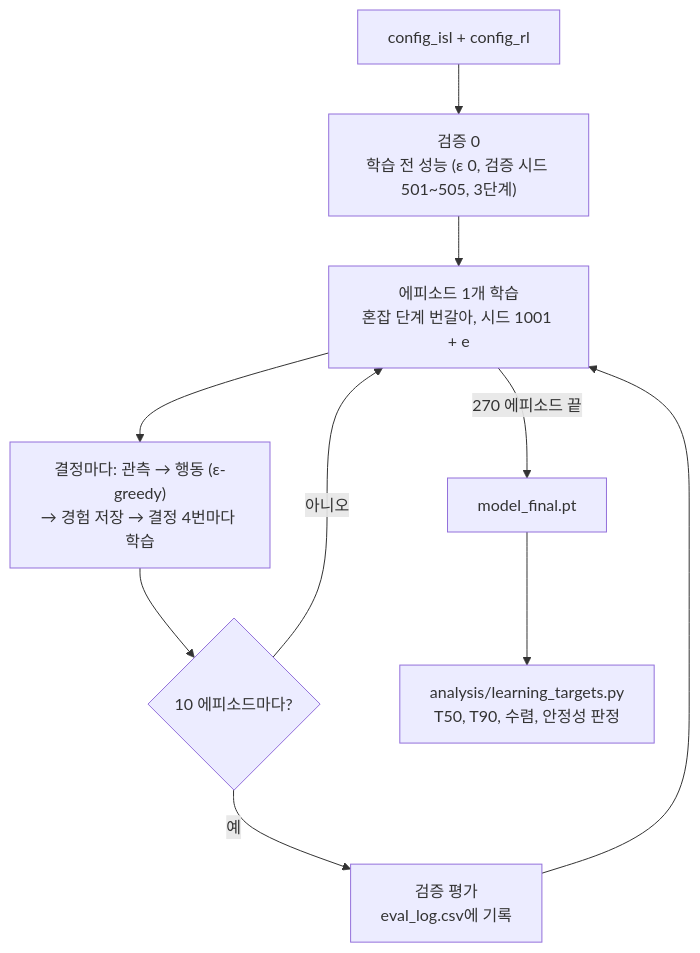
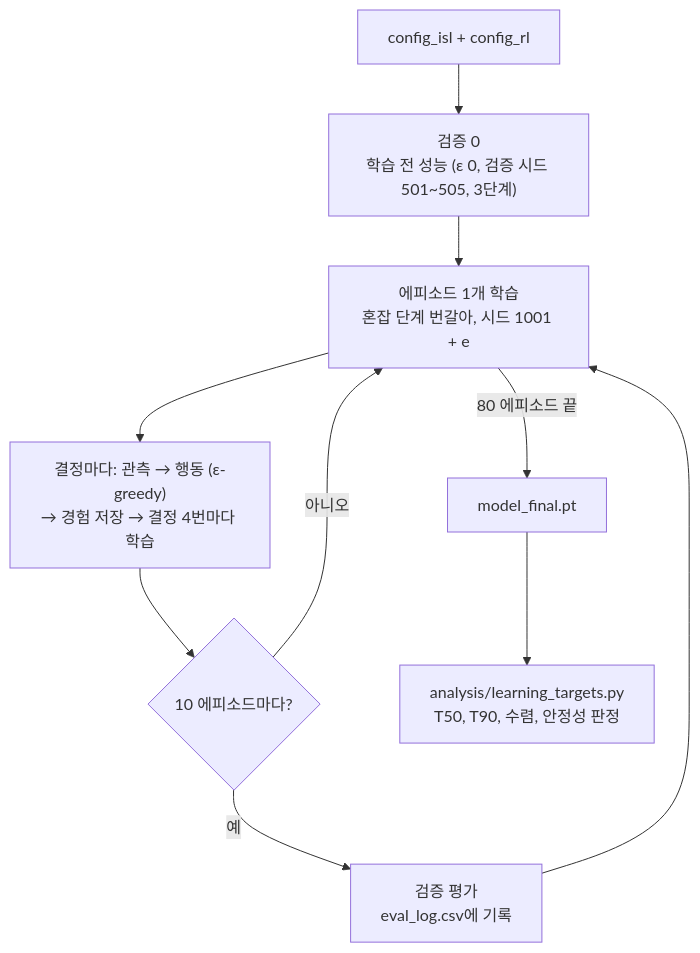
The fourth of 5 diagrams in flow.md (26-2-capstone2/26-2capstone2), drawn with Mermaid before and after one commit. The commit also changed other lines of this file and 21 other files, not shown here.

````diff
--- a/flow.md
+++ b/flow.md
@@ -119,12 +119,12 @@
 ```mermaid
 flowchart TD
     A["config_isl + config_rl"] --> V0["검증 0<br/>학습 전 성능 (ε 0, 검증 시드 501~505, 3단계)"]
     V0 --> EP["에피소드 1개 학습<br/>혼잡 단계 번갈아, 시드 1001 + e"]
     EP --> X["결정마다: 관측 → 행동 (ε-greedy)<br/>→ 경험 저장 → 결정 4번마다 학습"]
     X --> EP2{"10 에피소드마다?"}
     EP2 -- "예" --> V["검증 평가<br/>eval_log.csv에 기록"]
     EP2 -- "아니오" --> EP
     V --> EP
-    EP -- "270 에피소드 끝" --> F["model_final.pt"]
+    EP -- "80 에피소드 끝" --> F["model_final.pt"]
     F --> LT["analysis/learning_targets.py<br/>T50, T90, 수렴, 안정성 판정"]
 ```
````
